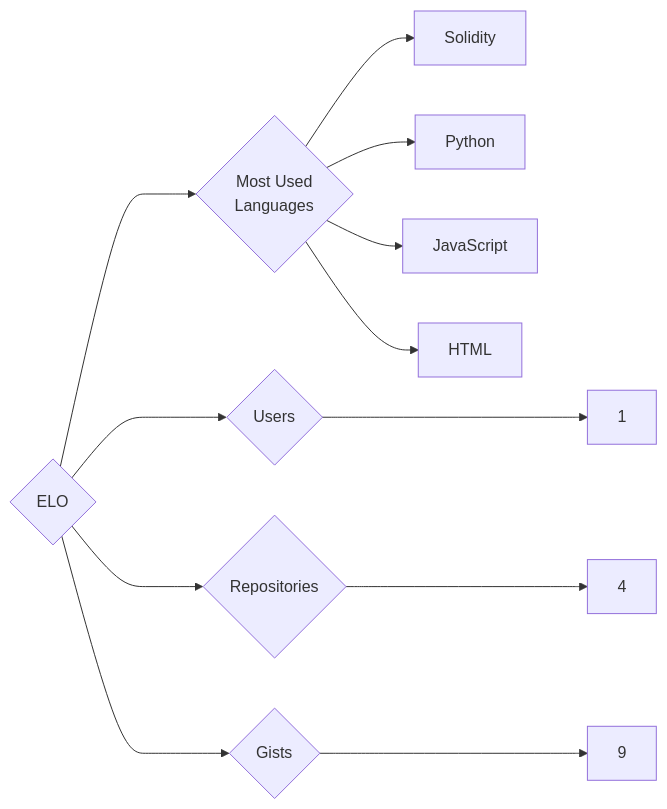
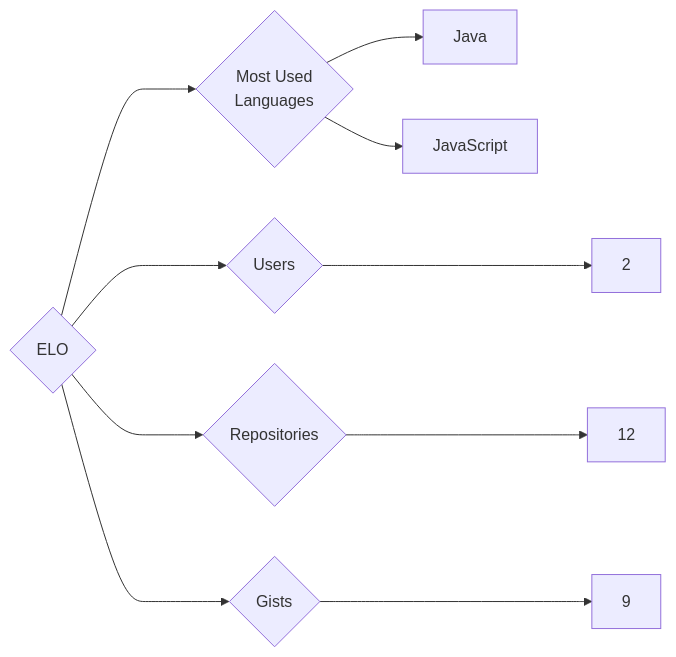
One commit to trickest/insiders changed the diagram in targets/ELO/README.md. Above: the diagram before and after it, drawn with Mermaid. The commit also changed 1166 other files, not shown here.

````diff
--- a/targets/ELO/README.md
+++ b/targets/ELO/README.md
@@ -3,12 +3,10 @@
 ```mermaid
 graph LR
 COMPANY_NAME{ELO}
-COMPANY_NAME ---> U{Users} ---> UN[1]
-COMPANY_NAME ---> R{Repositories} ---> RN[4]
+COMPANY_NAME ---> U{Users} ---> UN[2]
+COMPANY_NAME ---> R{Repositories} ---> RN[12]
 COMPANY_NAME ---> G{Gists} ---> GN[9]
 COMPANY_NAME ---> ML{Most Used<br>Languages}
-ML --> Solidity[Solidity]
-ML --> Python[Python]
+ML --> Java[Java]
 ML --> JavaScript[JavaScript]
-ML --> HTML[HTML]
 ```
````
